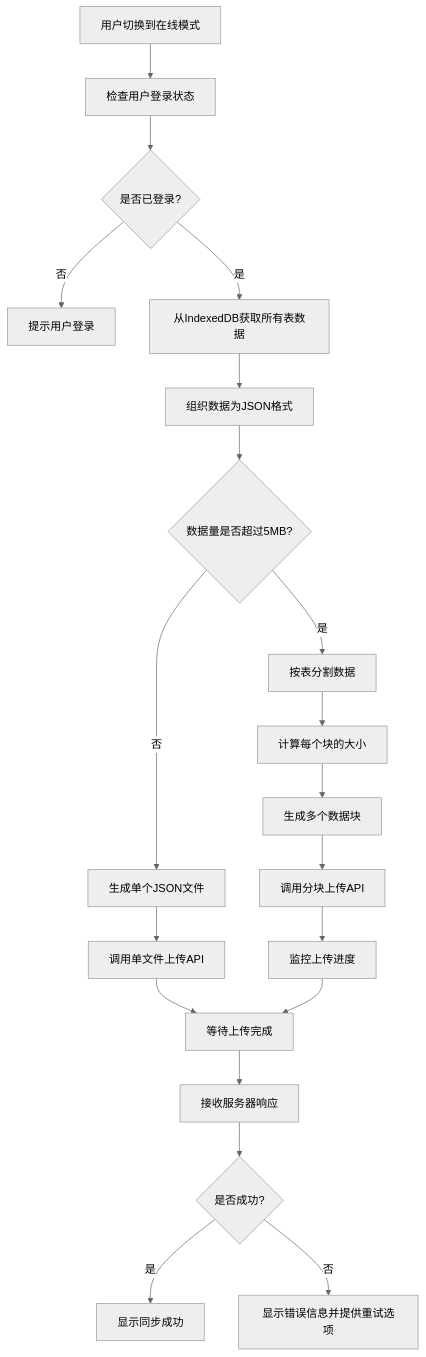
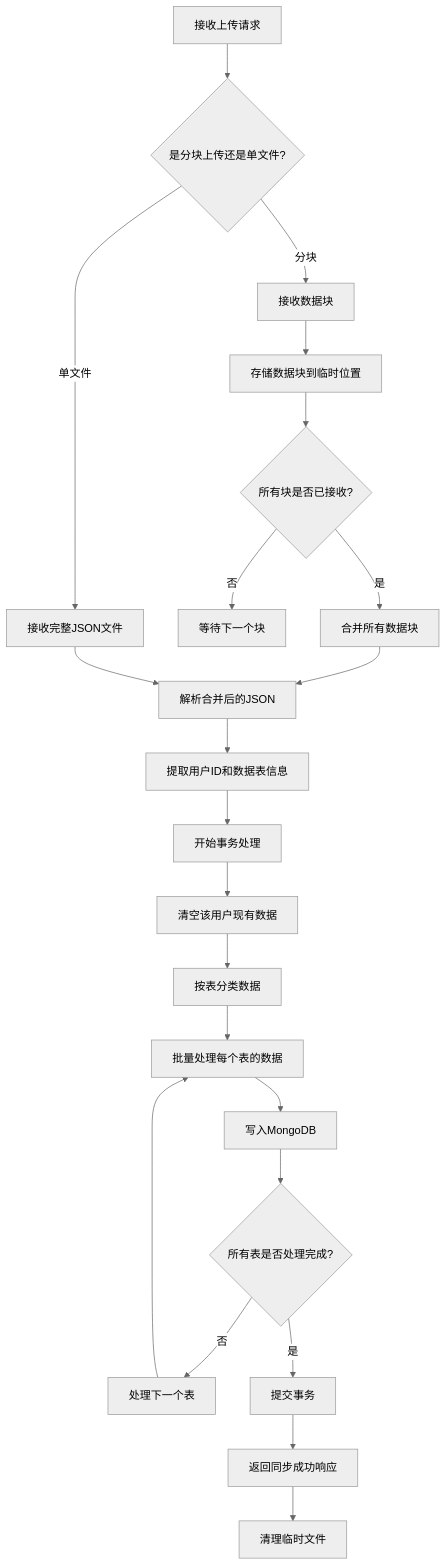
Before and after one commit to yingjianzh/iodraw-files: the diagram in all/未命名-59.md, drawn with Mermaid (neutral theme).

Commit message:
2025-05-14 17:09:05 update

````diff
--- a/all/未命名-59.md
+++ b/all/未命名-59.md
@@ -1,22 +1,24 @@
 ```mermaid
 flowchart TD
-    A[用户切换到在线模式] --> B[检查用户登录状态]
-    B --> C{是否已登录?}
-    C -->|否| D[提示用户登录]
-    C -->|是| E[从IndexedDB获取所有表数据]
-    E --> F[组织数据为JSON格式]
-    F --> G{数据量是否超过5MB?}
-    G -->|否| H[生成单个JSON文件]
-    G -->|是| I[按表分割数据]
-    I --> J[计算每个块的大小]
-    J --> K[生成多个数据块]
-    H --> L[调用单文件上传API]
-    K --> M[调用分块上传API]
-    M --> N[监控上传进度]
-    L --> O[等待上传完成]
-    N --> O
-    O --> P[接收服务器响应]
-    P --> Q{是否成功?}
-    Q -->|是| R[显示同步成功]
-    Q -->|否| S[显示错误信息并提供重试选项]
+    A[接收上传请求] --> B{是分块上传还是单文件?}
+    B -->|单文件| C[接收完整JSON文件]
+    B -->|分块| D[接收数据块]
+    D --> E[存储数据块到临时位置]
+    E --> F{所有块是否已接收?}
+    F -->|否| G[等待下一个块]
+    F -->|是| H[合并所有数据块]
+    H --> I[解析合并后的JSON]
+    C --> I
+    I --> J[提取用户ID和数据表信息]
+    J --> K[开始事务处理]
+    K --> L[清空该用户现有数据]
+    L --> M[按表分类数据]
+    M --> N[批量处理每个表的数据]
+    N --> O[写入MongoDB]
+    O --> P{所有表是否处理完成?}
+    P -->|否| Q[处理下一个表]
+    Q --> N
+    P -->|是| R[提交事务]
+    R --> S[返回同步成功响应]
+    S --> T[清理临时文件]
 ```
````
